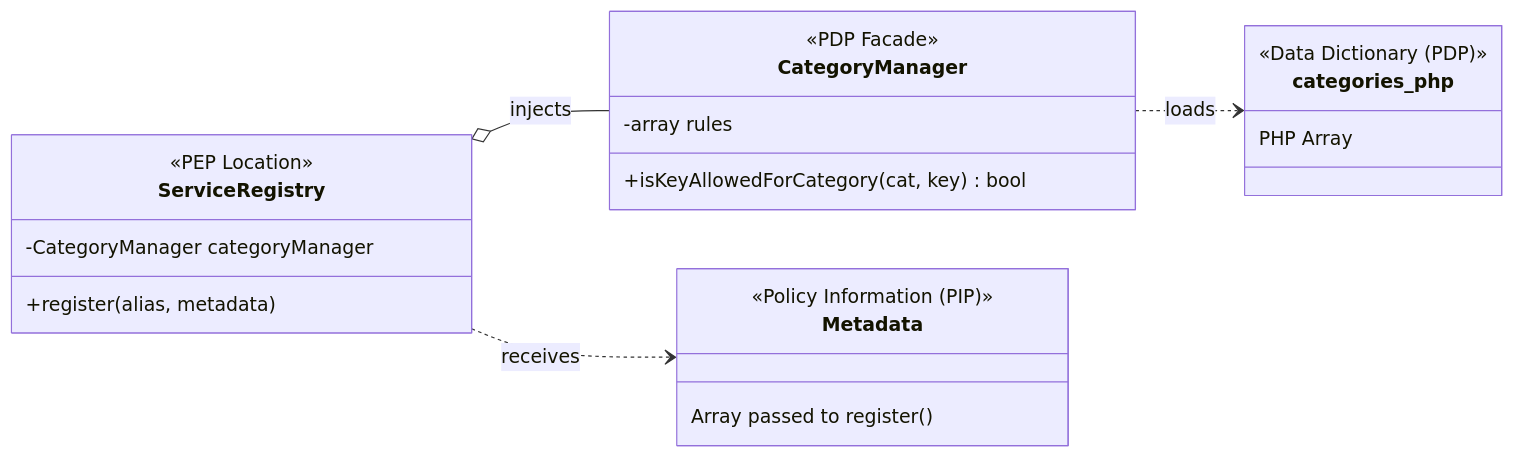
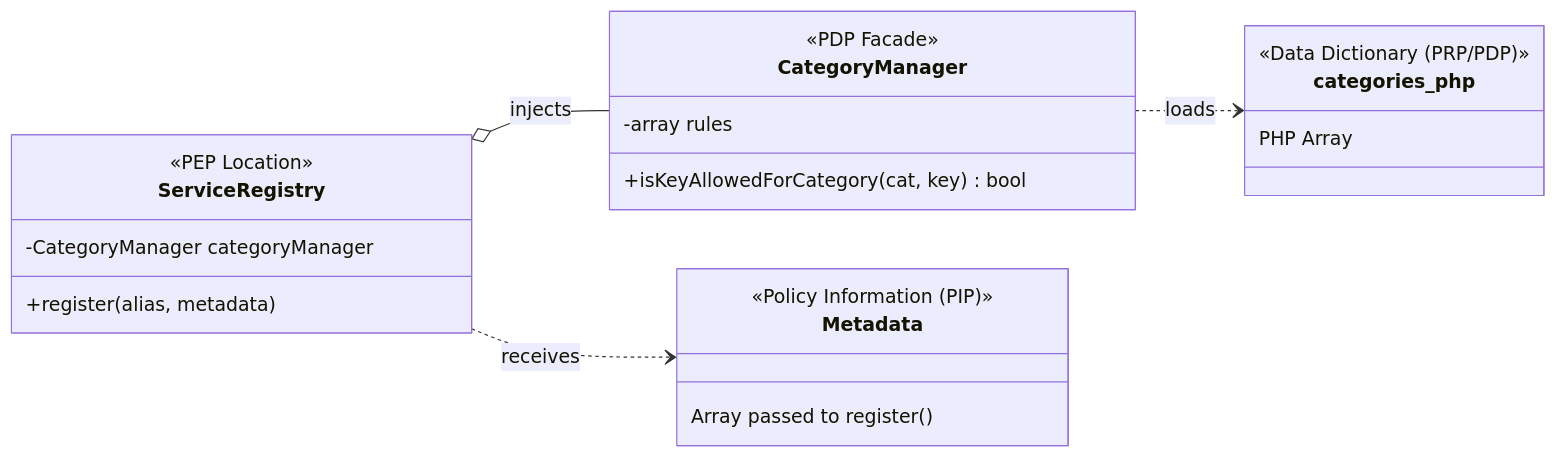
One commit to mnaatjes/php-abac-auth changed the third of 3 diagrams in PLAN.md. Above: the diagram before and after it, drawn with Mermaid. The commit also changed other lines of this file and 3 other files, not shown here.

````diff
--- a/PLAN.md
+++ b/PLAN.md
@@ -251,31 +231,31 @@
 ```mermaid
 classDiagram
     direction LR
 
     class ServiceRegistry {
         <<PEP Location>>
         -CategoryManager categoryManager
         +register(alias, metadata)
     }
 
     class CategoryManager {
         <<PDP Facade>>
         -array rules
         +isKeyAllowedForCategory(cat, key) bool
     }
 
     class categories_php {
-        <<Data Dictionary (PDP)>>
+        <<Data Dictionary (PRP/PDP)>>
         PHP Array
     }
     
     class Metadata {
         <<Policy Information (PIP)>>
         Array passed to register()
     }
 
     ServiceRegistry o-- CategoryManager : injects
     CategoryManager ..> categories_php : loads
     ServiceRegistry ..> Metadata : receives
 
 ```
````
